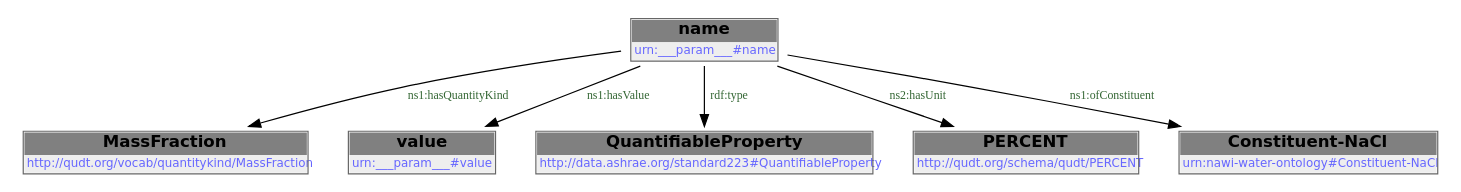
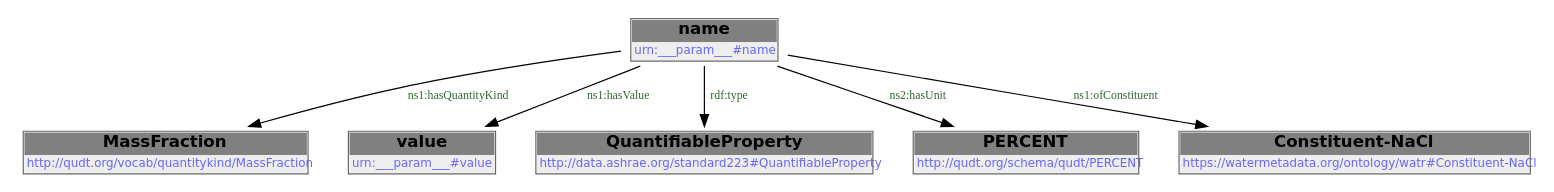
Before and after one commit to DataDrivenCPS/water-ontology: the second of 2 diagrams in docs/libraries/templates/constituent-salt.rst, drawn with Graphviz. The commit also changed other lines of this file and 43 other files, not shown here.

First line of the commit message:
feat: move ontology to https://watermetadata.org base URI

```diff
--- a/docs/libraries/templates/constituent-salt.rst
+++ b/docs/libraries/templates/constituent-salt.rst
@@ -84,16 +84,16 @@
         .. graphviz::
 
                 digraph G {
             node [fontname="DejaVu Sans"];
             node0 -> node1 [color=BLACK, label=< <font point-size='10' color='#336633'>ns1:hasQuantityKind</font> >];
             node0 -> node2 [color=BLACK, label=< <font point-size='10' color='#336633'>ns1:hasValue</font> >];
             node0 -> node3 [color=BLACK, label=< <font point-size='10' color='#336633'>rdf:type</font> >];
             node0 -> node4 [color=BLACK, label=< <font point-size='10' color='#336633'>ns2:hasUnit</font> >];
             node0 -> node5 [color=BLACK, label=< <font point-size='10' color='#336633'>ns1:ofConstituent</font> >];
             node0 [shape=none, color=black, label=< <table color='#666666' cellborder='0' cellspacing='0' border='1'><tr><td colspan='2' bgcolor='grey'><B>name</B></td></tr><tr><td href='urn:___param___#name' bgcolor='#eeeeee' colspan='2'><font point-size='10' color='#6666ff'>urn:___param___#name</font></td></tr></table> >];
             node1 [shape=none, color=black, label=< <table color='#666666' cellborder='0' cellspacing='0' border='1'><tr><td colspan='2' bgcolor='grey'><B>MassFraction</B></td></tr><tr><td href='http://qudt.org/vocab/quantitykind/MassFraction' bgcolor='#eeeeee' colspan='2'><font point-size='10' color='#6666ff'>http://qudt.org/vocab/quantitykind/MassFraction</font></td></tr></table> >];
             node2 [shape=none, color=black, label=< <table color='#666666' cellborder='0' cellspacing='0' border='1'><tr><td colspan='2' bgcolor='grey'><B>value</B></td></tr><tr><td href='urn:___param___#value' bgcolor='#eeeeee' colspan='2'><font point-size='10' color='#6666ff'>urn:___param___#value</font></td></tr></table> >];
             node3 [shape=none, color=black, label=< <table color='#666666' cellborder='0' cellspacing='0' border='1'><tr><td colspan='2' bgcolor='grey'><B>QuantifiableProperty</B></td></tr><tr><td href='http://data.ashrae.org/standard223#QuantifiableProperty' bgcolor='#eeeeee' colspan='2'><font point-size='10' color='#6666ff'>http://data.ashrae.org/standard223#QuantifiableProperty</font></td></tr></table> >];
             node4 [shape=none, color=black, label=< <table color='#666666' cellborder='0' cellspacing='0' border='1'><tr><td colspan='2' bgcolor='grey'><B>PERCENT</B></td></tr><tr><td href='http://qudt.org/schema/qudt/PERCENT' bgcolor='#eeeeee' colspan='2'><font point-size='10' color='#6666ff'>http://qudt.org/schema/qudt/PERCENT</font></td></tr></table> >];
-            node5 [shape=none, color=black, label=< <table color='#666666' cellborder='0' cellspacing='0' border='1'><tr><td colspan='2' bgcolor='grey'><B>Constituent-NaCl</B></td></tr><tr><td href='urn:nawi-water-ontology#Constituent-NaCl' bgcolor='#eeeeee' colspan='2'><font point-size='10' color='#6666ff'>urn:nawi-water-ontology#Constituent-NaCl</font></td></tr></table> >];
+            node5 [shape=none, color=black, label=< <table color='#666666' cellborder='0' cellspacing='0' border='1'><tr><td colspan='2' bgcolor='grey'><B>Constituent-NaCl</B></td></tr><tr><td href='https://watermetadata.org/ontology/watr#Constituent-NaCl' bgcolor='#eeeeee' colspan='2'><font point-size='10' color='#6666ff'>https://watermetadata.org/ontology/watr#Constituent-NaCl</font></td></tr></table> >];
             }
```
